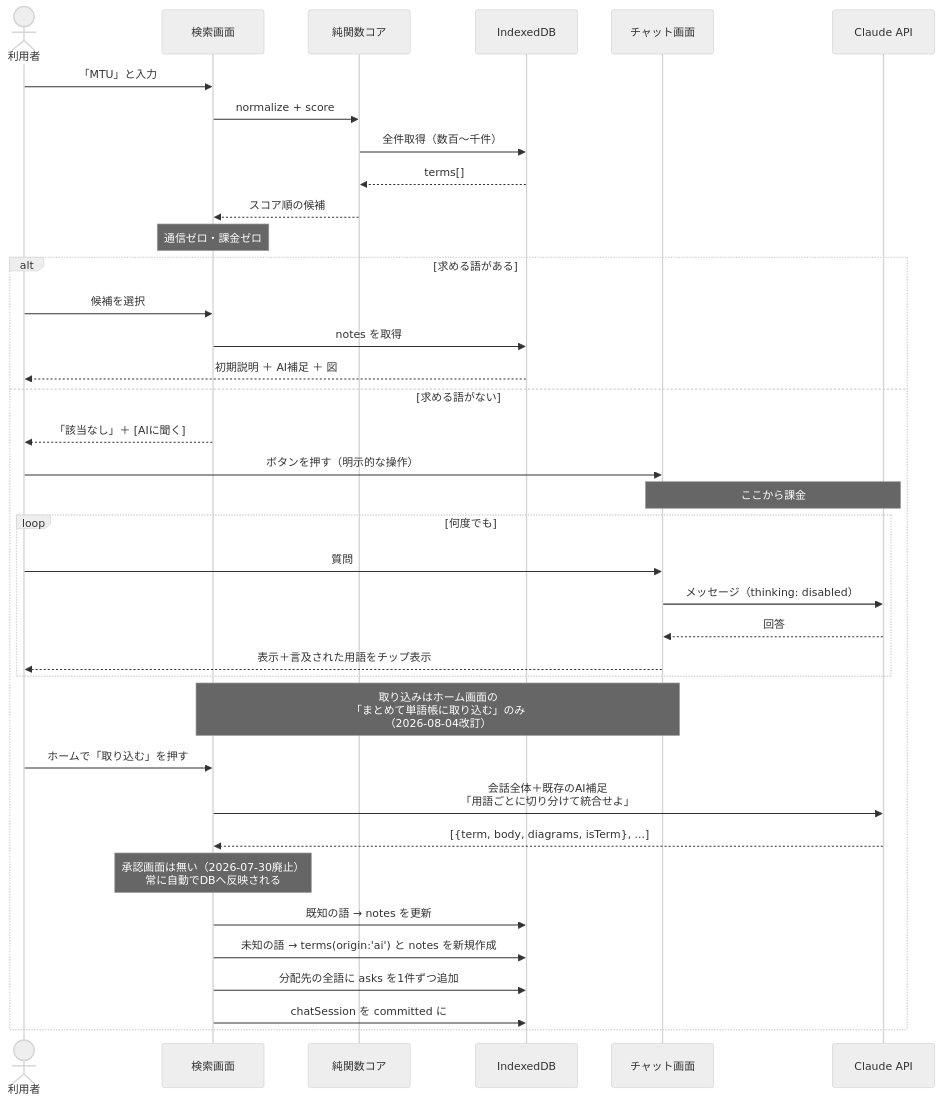
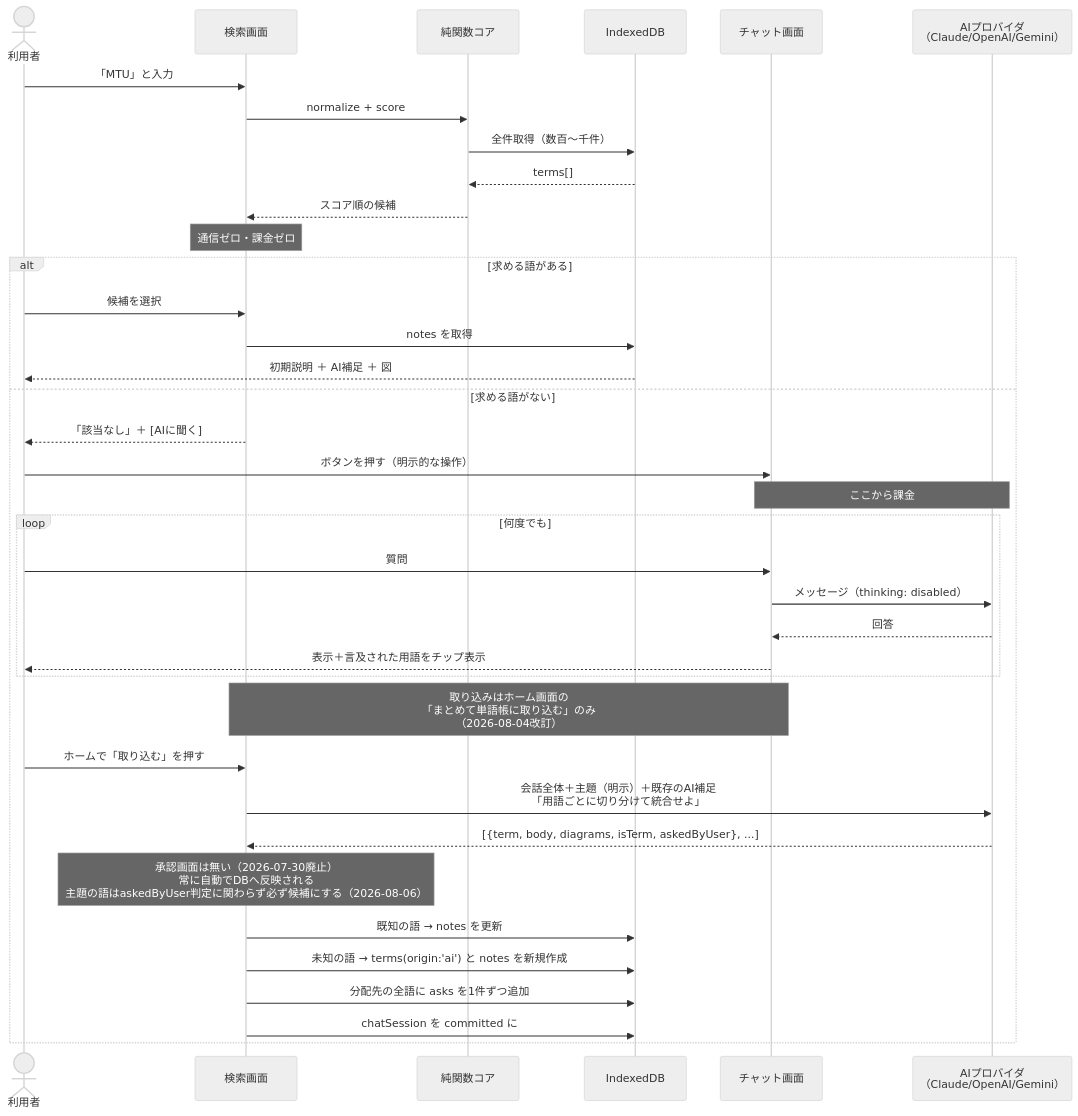
One commit to doryu0-04092/IT-Index changed the fourth of 8 diagrams in docs/architecture.md. Above: the diagram before and after it, drawn with Mermaid (neutral theme). The commit also changed other lines of this file and 229 other files, not shown here.

````diff
--- a/docs/architecture.md
+++ b/docs/architecture.md
@@ -189,45 +231,45 @@
 ```mermaid
 sequenceDiagram
     actor U as 利用者
     participant S as 検索画面
     participant C as 純関数コア
     participant DB as IndexedDB
     participant CH as チャット画面
-    participant AI as Claude API
+    participant AI as AIプロバイダ<br/>（Claude/OpenAI/Gemini）
 
     U->>S: 「MTU」と入力
     S->>C: normalize + score
     C->>DB: 全件取得（数百〜千件）
     DB-->>C: terms[]
     C-->>S: スコア順の候補
     Note over S: 通信ゼロ・課金ゼロ
 
     alt 求める語がある
         U->>S: 候補を選択
         S->>DB: notes を取得
         DB-->>U: 初期説明 ＋ AI補足 ＋ 図
     else 求める語がない
         S-->>U: 「該当なし」＋ [AIに聞く]
         U->>CH: ボタンを押す（明示的な操作）
         Note over CH,AI: ここから課金
 
         loop 何度でも
             U->>CH: 質問
             CH->>AI: メッセージ（thinking: disabled）
             AI-->>CH: 回答
             CH-->>U: 表示＋言及された用語をチップ表示
         end
 
         Note over CH,S: 取り込みはホーム画面の<br/>「まとめて単語帳に取り込む」のみ<br/>（2026-08-04改訂）
 
         U->>S: ホームで「取り込む」を押す
-        S->>AI: 会話全体＋既存のAI補足<br/>「用語ごとに切り分けて統合せよ」
-        AI-->>S: [{term, body, diagrams, isTerm}, ...]
-        Note over S: 承認画面は無い（2026-07-30廃止）<br/>常に自動でDBへ反映される
+        S->>AI: 会話全体＋主題（明示）＋既存のAI補足<br/>「用語ごとに切り分けて統合せよ」
+        AI-->>S: [{term, body, diagrams, isTerm, askedByUser}, ...]
+        Note over S: 承認画面は無い（2026-07-30廃止）<br/>常に自動でDBへ反映される<br/>主題の語はaskedByUser判定に関わらず必ず候補にする（2026-08-06）
 
         S->>DB: 既知の語 → notes を更新
         S->>DB: 未知の語 → terms(origin:'ai') と notes を新規作成
         S->>DB: 分配先の全語に asks を1件ずつ追加
         S->>DB: chatSession を committed に
     end
 ```
````
